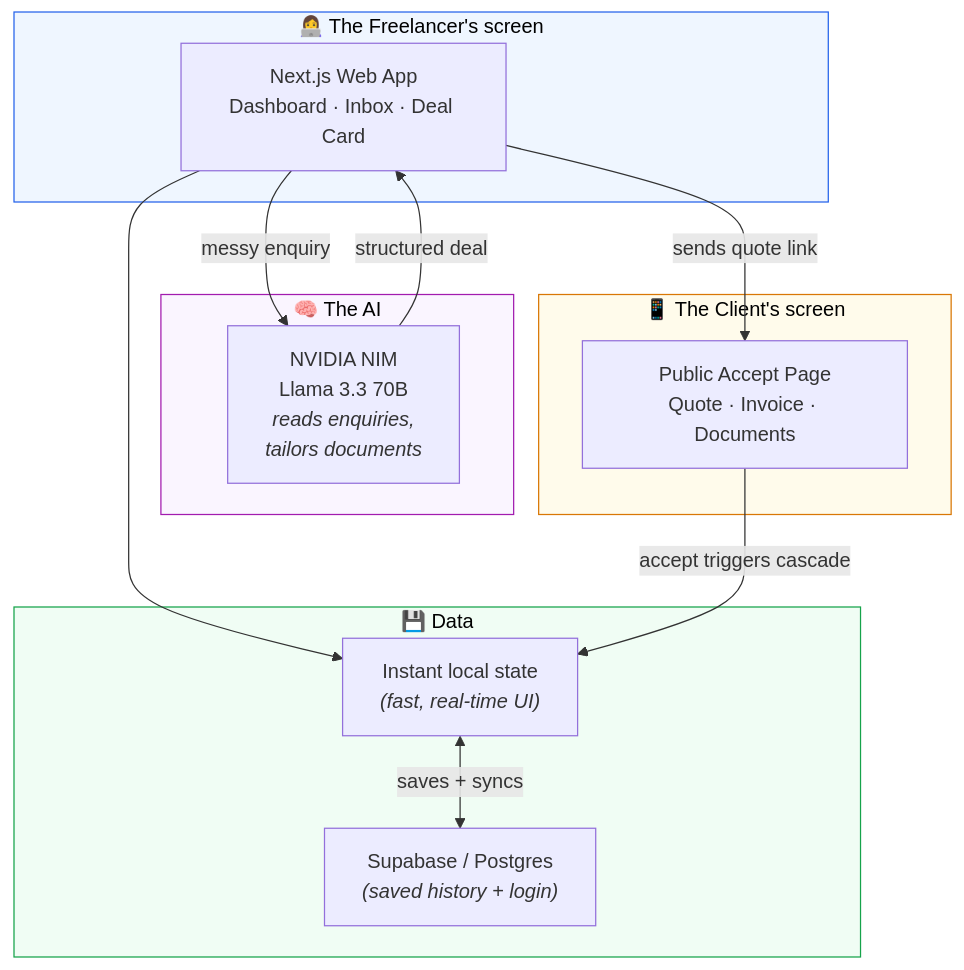
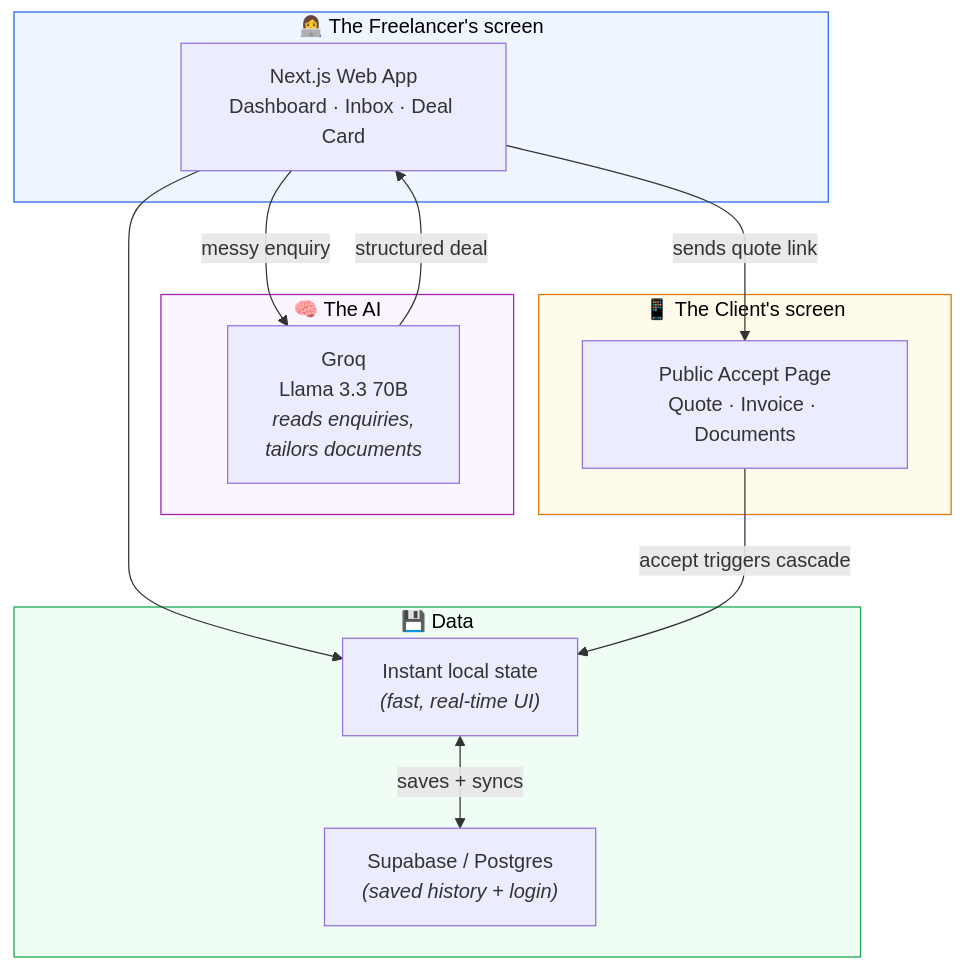
Before and after one commit to Karan-Raj-KR/Client-Onboarding-Manager: the third of 3 diagrams in README.md, drawn with Mermaid. The commit also changed other lines of this file, not shown here.

First line of the commit message:
docs: update README to reflect actual Groq + Gmail SMTP stack

````diff
--- a/README.md
+++ b/README.md
@@ -75,31 +75,31 @@
 ```mermaid
 flowchart TB
     subgraph USER["👩‍💻 The Freelancer's screen"]
         UI["Next.js Web App<br/>Dashboard · Inbox · Deal Card"]
     end
 
     subgraph BRAIN["🧠 The AI"]
-        NIM["NVIDIA NIM<br/>Llama 3.3 70B<br/><i>reads enquiries,<br/>tailors documents</i>"]
+        NIM["Groq<br/>Llama 3.3 70B<br/><i>reads enquiries,<br/>tailors documents</i>"]
     end
 
     subgraph STORE["💾 Data"]
         LOCAL["Instant local state<br/><i>(fast, real-time UI)</i>"]
         SUPA["Supabase / Postgres<br/><i>(saved history + login)</i>"]
     end
 
     subgraph CLIENT["📱 The Client's screen"]
         ACCEPT["Public Accept Page<br/>Quote · Invoice · Documents"]
     end
 
     UI -->|"messy enquiry"| NIM
     NIM -->|"structured deal"| UI
     UI --> LOCAL
     LOCAL <-->|"saves + syncs"| SUPA
     UI -->|"sends quote link"| ACCEPT
     ACCEPT -->|"accept triggers cascade"| LOCAL
 
     style USER fill:#eff6ff,stroke:#2563eb,color:#000
     style BRAIN fill:#faf5ff,stroke:#a21caf,color:#000
     style STORE fill:#f0fdf4,stroke:#16a34a,color:#000
     style CLIENT fill:#fffbeb,stroke:#d97706,color:#000
 ```
````
